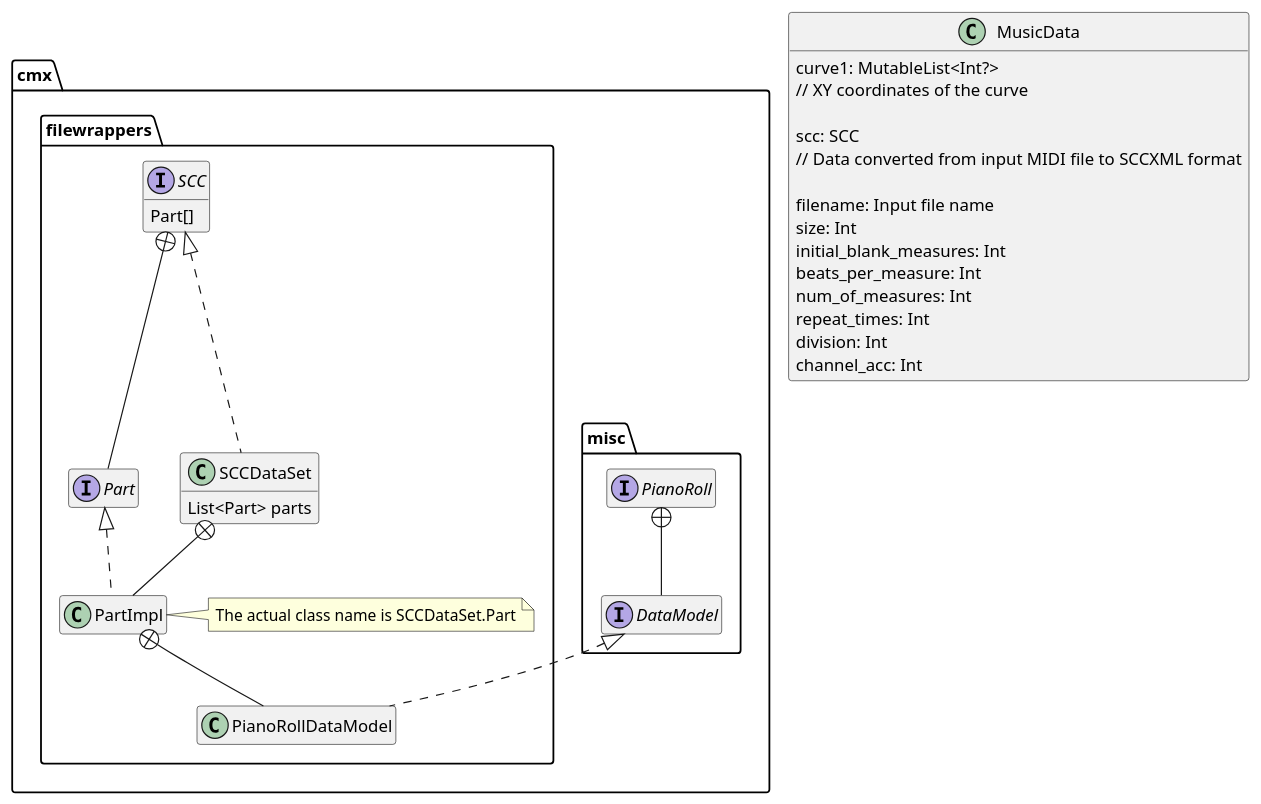
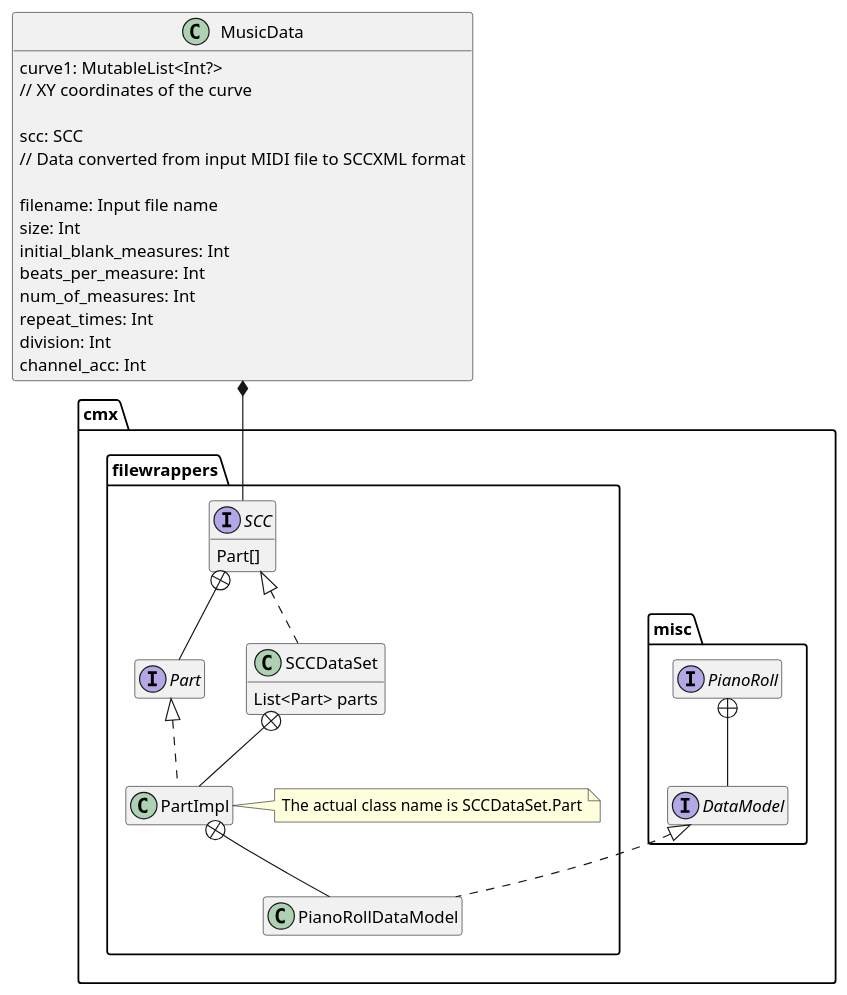
Before and after one commit to kitaharalab/JamSketch: the diagram in diagrams/JamSketch-Class-MusicData.puml, drawn with PlantUML. The commit also changed 1 other file, not shown here.

Commit message:
Update diagrams

```diff
--- a/diagrams/JamSketch-Class-MusicData.puml
+++ b/diagrams/JamSketch-Class-MusicData.puml
@@ -1,46 +1,48 @@
 @startuml
 'https://plantuml.com/class-diagram
 hide empty members
 
 class MusicData {
     curve1: MutableList<Int?>
     // XY coordinates of the curve
 
     scc: SCC
     // Data converted from input MIDI file to SCCXML format
 
     filename: Input file name
     size: Int
     initial_blank_measures: Int
     beats_per_measure: Int
     num_of_measures: Int
     repeat_times: Int
     division: Int
     channel_acc: Int
 }
 
 package "cmx.misc" {
     interface PianoRoll {
     }
     interface DataModel
     PianoRoll +-- DataModel
 }
 package "cmx.filewrappers" {
     interface SCC {
         Part[]
     }
     interface Part
     SCC +-- Part
     class SCCDataSet implements SCC {
         List<Part> parts
     }
     class PartImpl implements Part
     SCCDataSet +-- PartImpl
     note right of PartImpl
         The actual class name is SCCDataSet.Part
     end note
     class PianoRollDataModel implements cmx.misc.DataModel
     PartImpl +-- PianoRollDataModel
 }
 
+MusicData *-- SCC
+
 @enduml
```
